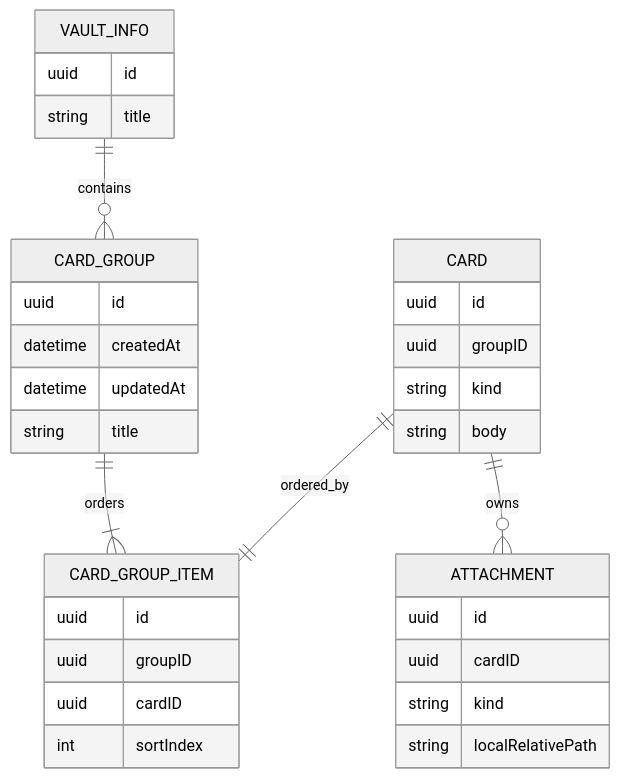
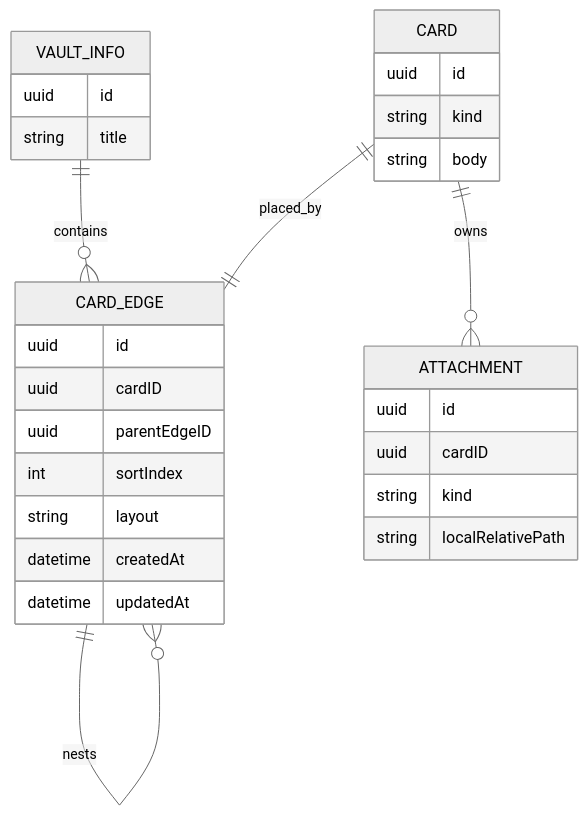
Before and after one commit to muukii/MuApps: the sixth of 7 diagrams in Apps/Journal/docs/VAULT_SYNC_DESIGN.md, drawn with Mermaid (neutral theme). The commit also changed other lines of this file, not shown here.

````diff
--- a/Apps/Journal/docs/VAULT_SYNC_DESIGN.md
+++ b/Apps/Journal/docs/VAULT_SYNC_DESIGN.md
@@ -295,40 +387,35 @@
 ```mermaid
 erDiagram
-  VAULT_INFO ||--o{ CARD_GROUP : contains
-  CARD_GROUP ||--|{ CARD_GROUP_ITEM : orders
-  CARD ||--|| CARD_GROUP_ITEM : ordered_by
+  VAULT_INFO ||--o{ CARD_EDGE : contains
+  CARD_EDGE ||--o{ CARD_EDGE : nests
+  CARD ||--|| CARD_EDGE : placed_by
   CARD ||--o{ ATTACHMENT : owns
 
   VAULT_INFO {
     uuid id
     string title
   }
 
-  CARD_GROUP {
+  CARD_EDGE {
     uuid id
+    uuid cardID
+    uuid parentEdgeID
+    int sortIndex
+    string layout
     datetime createdAt
     datetime updatedAt
-    string title
-  }
-
-  CARD_GROUP_ITEM {
-    uuid id
-    uuid groupID
-    uuid cardID
-    int sortIndex
   }
 
   CARD {
     uuid id
-    uuid groupID
     string kind
     string body
   }
 
   ATTACHMENT {
     uuid id
     uuid cardID
     string kind
     string localRelativePath
   }
 ```
````
